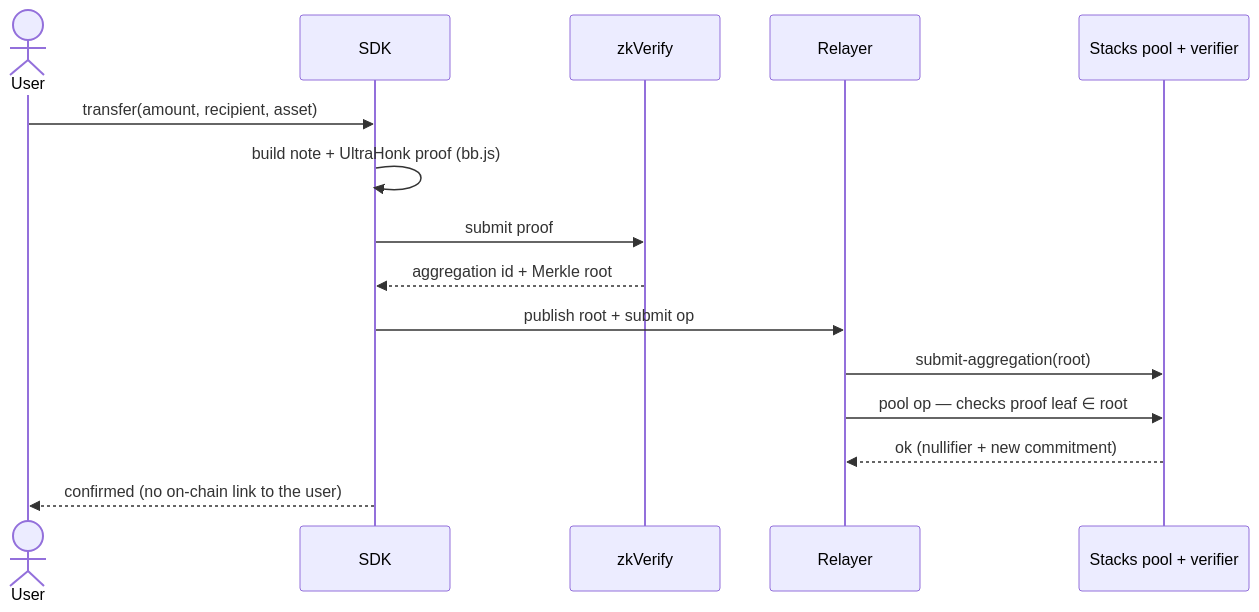
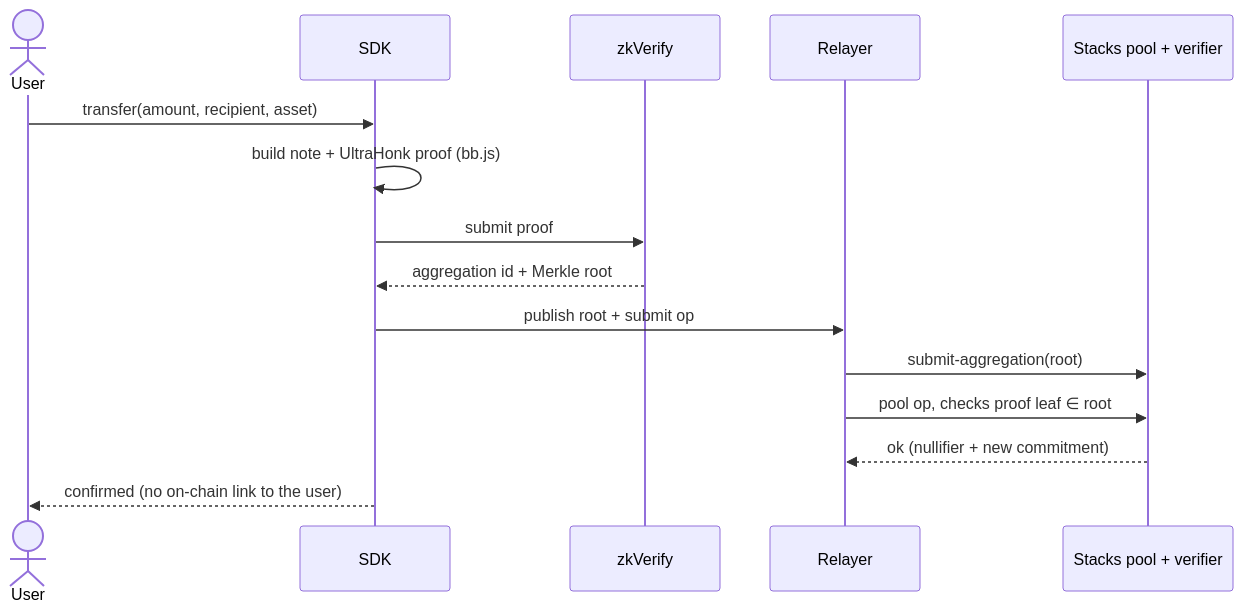
One commit to cypherpulse/stacks-shield changed the second of 4 diagrams in README.md. Above: the diagram before and after it, drawn with Mermaid. The commit also changed other lines of this file and 16 other files, not shown here.

````diff
--- a/README.md
+++ b/README.md
@@ -100,18 +101,18 @@
 ```mermaid
 sequenceDiagram
     actor User
     participant SDK
     participant zkVerify
     participant Relayer
     participant Stacks as Stacks pool + verifier
 
     User->>SDK: transfer(amount, recipient, asset)
     SDK->>SDK: build note + UltraHonk proof (bb.js)
     SDK->>zkVerify: submit proof
     zkVerify-->>SDK: aggregation id + Merkle root
     SDK->>Relayer: publish root + submit op
     Relayer->>Stacks: submit-aggregation(root)
-    Relayer->>Stacks: pool op — checks proof leaf ∈ root
+    Relayer->>Stacks: pool op, checks proof leaf ∈ root
     Stacks-->>Relayer: ok (nullifier + new commitment)
     SDK-->>User: confirmed (no on-chain link to the user)
 ```
````
